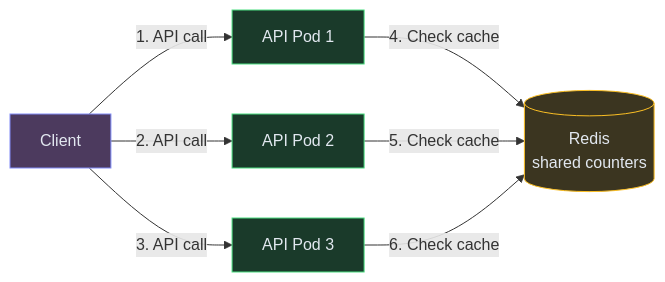
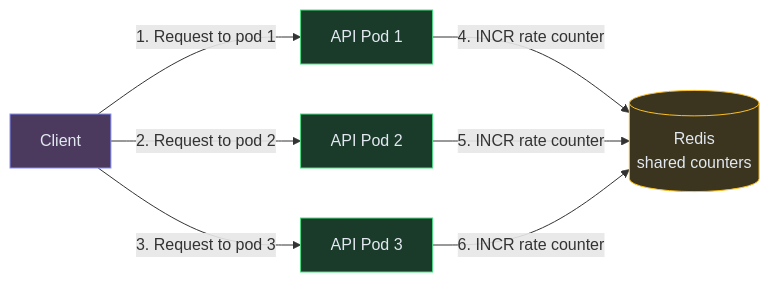
One commit to iluzn/HLD-Designs changed the third of 15 diagrams in content/hld/RateLimiter.md. Above: the diagram before and after it, drawn with Mermaid. The commit also changed other lines of this file and 27 other files, not shown here.

````diff
--- a/content/hld/RateLimiter.md
+++ b/content/hld/RateLimiter.md
@@ -141,19 +141,19 @@
 ```mermaid
 flowchart LR
     CLIENT["Client"]:::client
     POD1["API Pod 1"]:::service
     POD2["API Pod 2"]:::service
     POD3["API Pod 3"]:::service
     REDIS[("Redis<br/>shared counters")]:::data
 
-    CLIENT -->|"1. API call"| POD1
-    CLIENT -->|"2. API call"| POD2
-    CLIENT -->|"3. API call"| POD3
-    POD1 -->|"4. Check cache"| REDIS
-    POD2 -->|"5. Check cache"| REDIS
-    POD3 -->|"6. Check cache"| REDIS
+    CLIENT -->|"1. Request to pod 1"| POD1
+    CLIENT -->|"2. Request to pod 2"| POD2
+    CLIENT -->|"3. Request to pod 3"| POD3
+    POD1 -->|"4. INCR rate counter"| REDIS
+    POD2 -->|"5. INCR rate counter"| REDIS
+    POD3 -->|"6. INCR rate counter"| REDIS
 
     classDef client fill:#4c3a5e,stroke:#818cf8,color:#e2e8f0
     classDef service fill:#1a3a2a,stroke:#4ade80,color:#e2e8f0
     classDef data fill:#3b3520,stroke:#fbbf24,color:#e2e8f0
 ```
````
